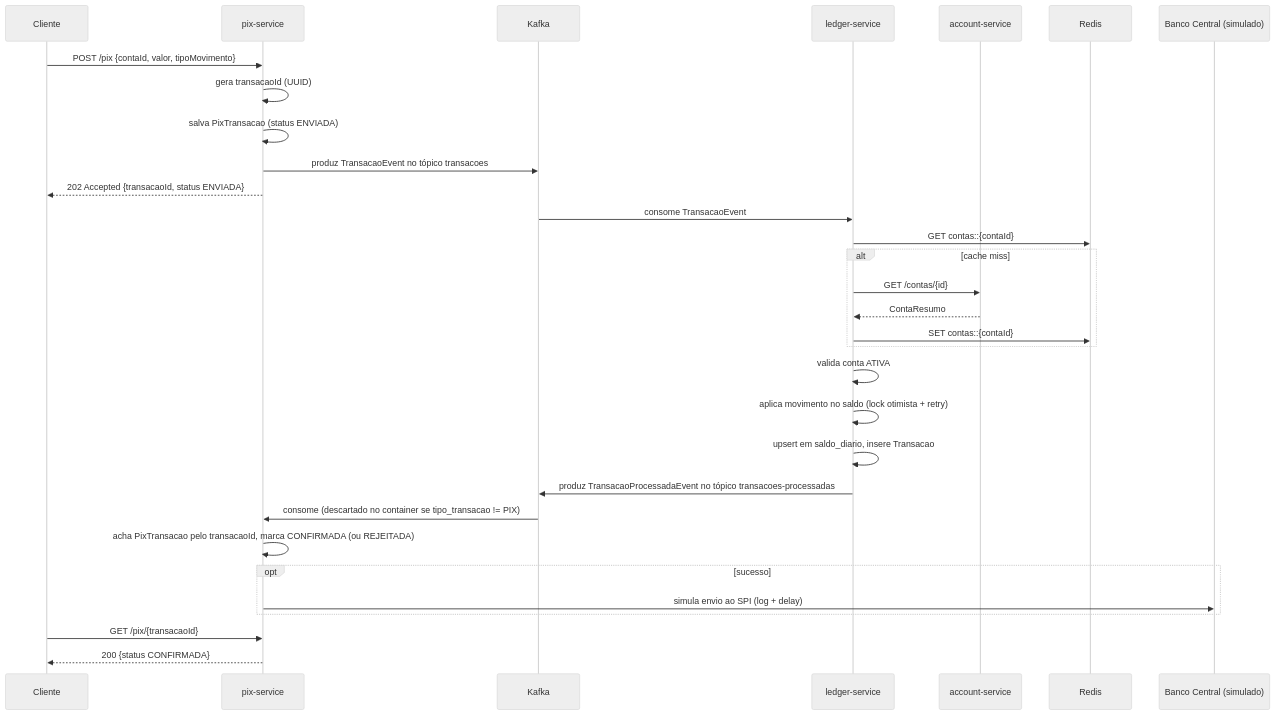
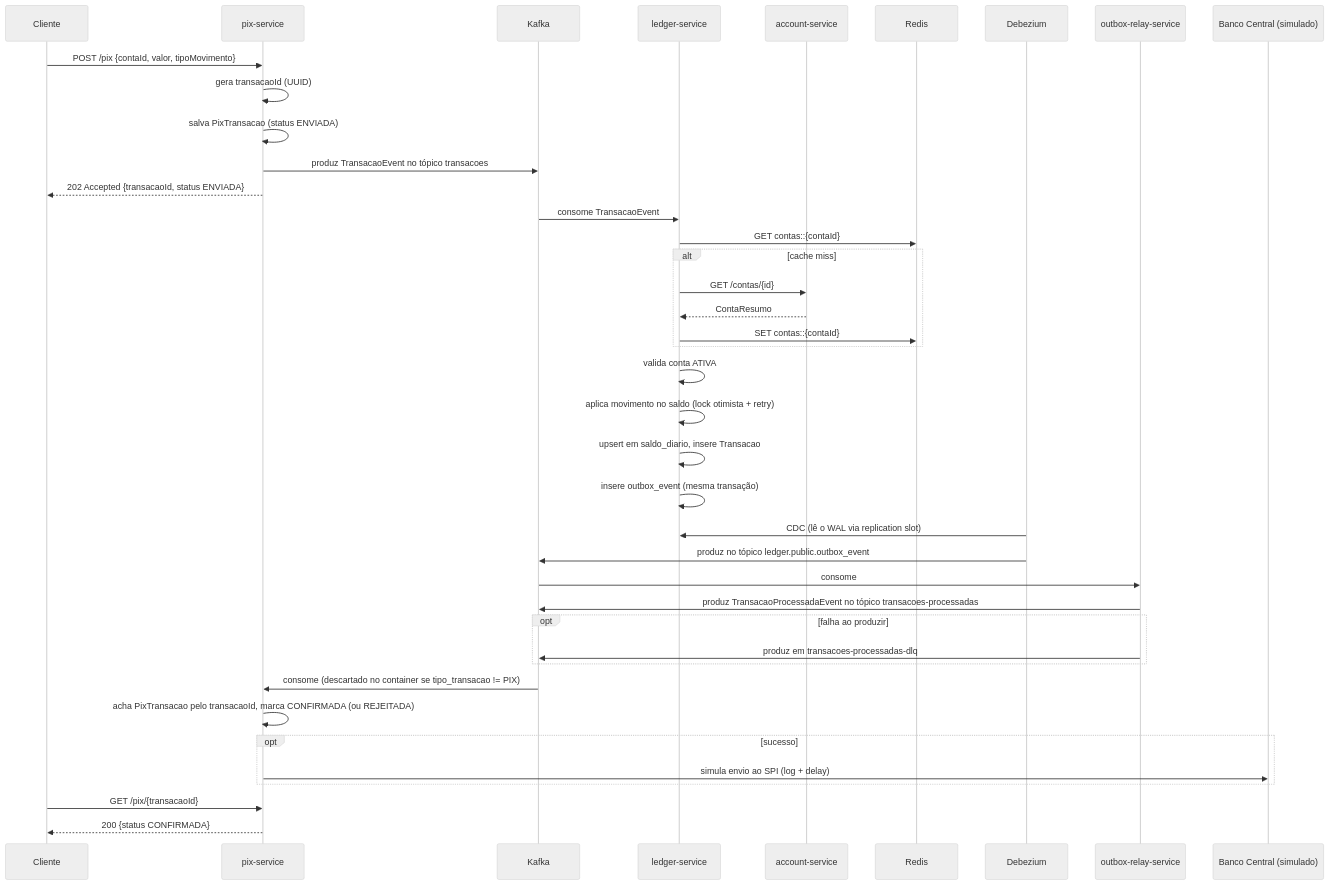
Before and after one commit to lucianoft/banco-digital-kafka: the second of 2 diagrams in README.md, drawn with Mermaid (neutral theme). The commit also changed other lines of this file and 147 other files, not shown here.

Commit message:
feature/outbox-debezium-cdc

````diff
--- a/README.md
+++ b/README.md
@@ -61,37 +72,47 @@
 ```mermaid
 sequenceDiagram
     participant C as Cliente
     participant PIX as pix-service
     participant K as Kafka
     participant L as ledger-service
     participant CS as account-service
     participant R as Redis
+    participant DBZ as Debezium
+    participant RELAY as outbox-relay-service
     participant BC as Banco Central (simulado)
 
     C->>PIX: POST /pix {contaId, valor, tipoMovimento}
     PIX->>PIX: gera transacaoId (UUID)
     PIX->>PIX: salva PixTransacao (status ENVIADA)
     PIX->>K: produz TransacaoEvent no tópico transacoes
     PIX-->>C: 202 Accepted {transacaoId, status ENVIADA}
 
     K->>L: consome TransacaoEvent
     L->>R: GET contas::{contaId}
     alt cache miss
         L->>CS: GET /contas/{id}
         CS-->>L: ContaResumo
         L->>R: SET contas::{contaId}
     end
     L->>L: valida conta ATIVA
     L->>L: aplica movimento no saldo (lock otimista + retry)
     L->>L: upsert em saldo_diario, insere Transacao
-    L->>K: produz TransacaoProcessadaEvent no tópico transacoes-processadas
+    L->>L: insere outbox_event (mesma transação)
+
+    DBZ->>L: CDC (lê o WAL via replication slot)
+    DBZ->>K: produz no tópico ledger.public.outbox_event
+    K->>RELAY: consome
+    RELAY->>K: produz TransacaoProcessadaEvent no tópico transacoes-processadas
+    opt falha ao produzir
+        RELAY->>K: produz em transacoes-processadas-dlq
+    end
 
     K->>PIX: consome (descartado no container se tipo_transacao != PIX)
     PIX->>PIX: acha PixTransacao pelo transacaoId, marca CONFIRMADA (ou REJEITADA)
     opt sucesso
         PIX->>BC: simula envio ao SPI (log + delay)
     end
 
     C->>PIX: GET /pix/{transacaoId}
     PIX-->>C: 200 {status CONFIRMADA}
 ```
````
